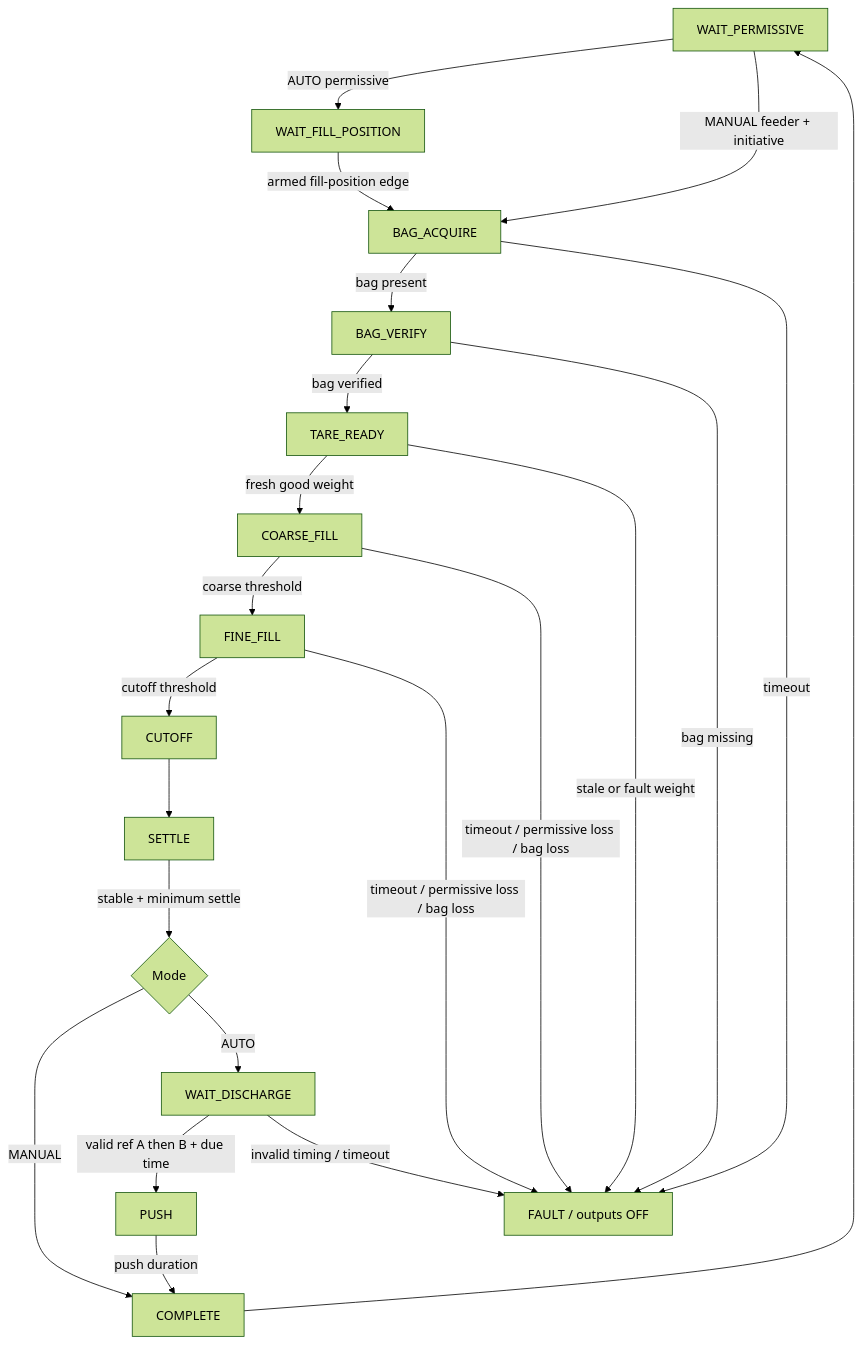
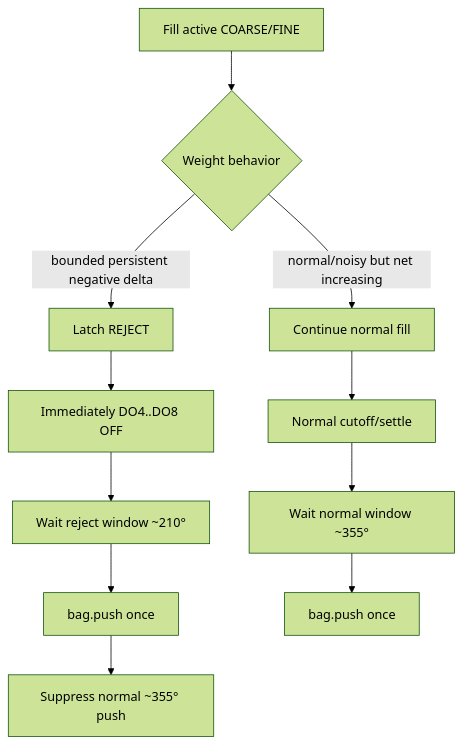
One commit to plantops/filling-controller changed the first of 3 diagrams in docs/SP01_ENGINEERING_VIEWS.md. Above: the diagram before and after it, drawn with Mermaid (forest theme). The commit also changed other lines of this file, not shown here.

Commit message:
docs: refocus canonical SP01 views on installed process behavior

````diff
--- a/docs/SP01_ENGINEERING_VIEWS.md
+++ b/docs/SP01_ENGINEERING_VIEWS.md
@@ -147,24 +114,13 @@
 ```mermaid
 flowchart TD
-    A[WAIT_PERMISSIVE] -->|AUTO permissive| B[WAIT_FILL_POSITION]
-    A -->|MANUAL feeder + initiative| C[BAG_ACQUIRE]
-    B -->|armed fill-position edge| C
-    C -->|bag present| D[BAG_VERIFY]
-    C -->|timeout| F[FAULT / outputs OFF]
-    D -->|bag verified| E[TARE_READY]
-    D -->|bag missing| F
-    E -->|fresh good weight| G[COARSE_FILL]
-    E -->|stale or fault weight| F
-    G -->|coarse threshold| H[FINE_FILL]
-    G -->|timeout / permissive loss / bag loss| F
-    H -->|cutoff threshold| I[CUTOFF]
-    H -->|timeout / permissive loss / bag loss| F
-    I --> J[SETTLE]
-    J -->|stable + minimum settle| K{Mode}
-    K -->|MANUAL| L[COMPLETE]
-    K -->|AUTO| M[WAIT_DISCHARGE]
-    M -->|valid ref A then B + due time| N[PUSH]
-    M -->|invalid timing / timeout| F
-    N -->|push duration| L
-    L --> A
+    A[Fill active COARSE/FINE] --> B{Weight behavior}
+    B -->|normal/noisy but net increasing| C[Continue normal fill]
+    B -->|bounded persistent negative delta| D[Latch REJECT]
+    D --> E[Immediately DO4..DO8 OFF]
+    E --> F[Wait reject window ~210°]
+    F --> G[bag.push once]
+    G --> H[Suppress normal ~355° push]
+    C --> I[Normal cutoff/settle]
+    I --> J[Wait normal window ~355°]
+    J --> K[bag.push once]
 ```
````
